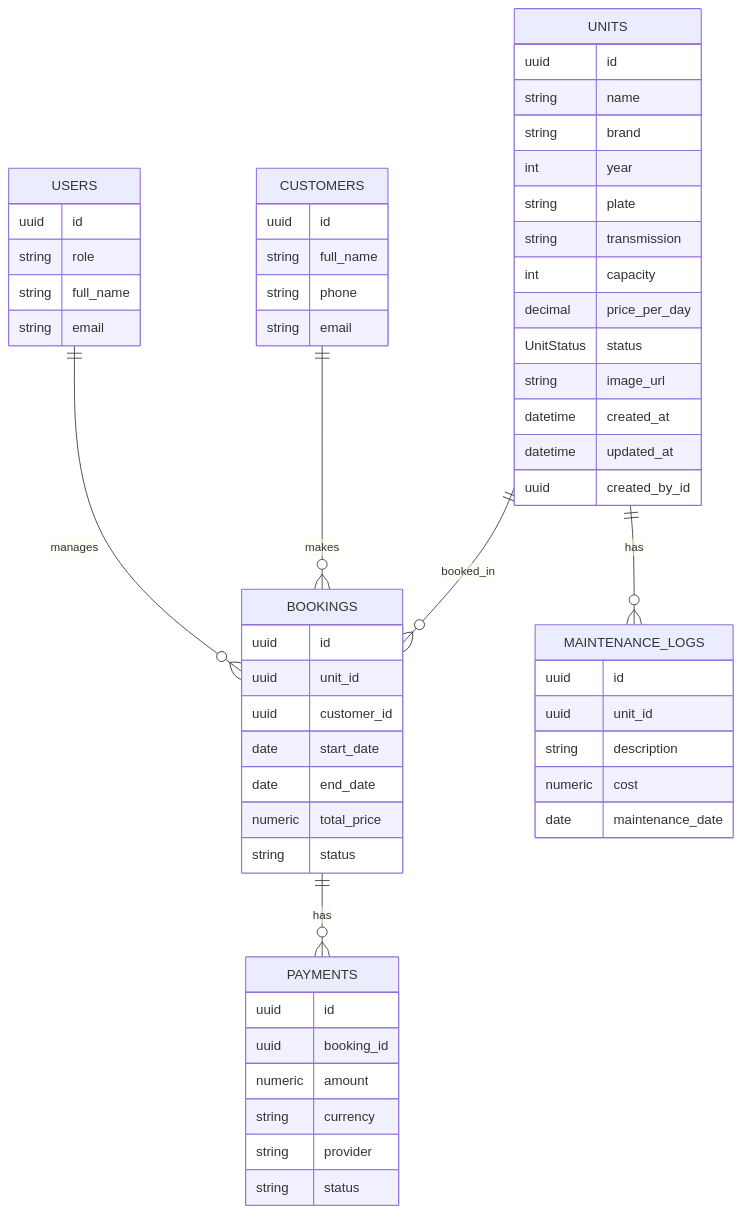
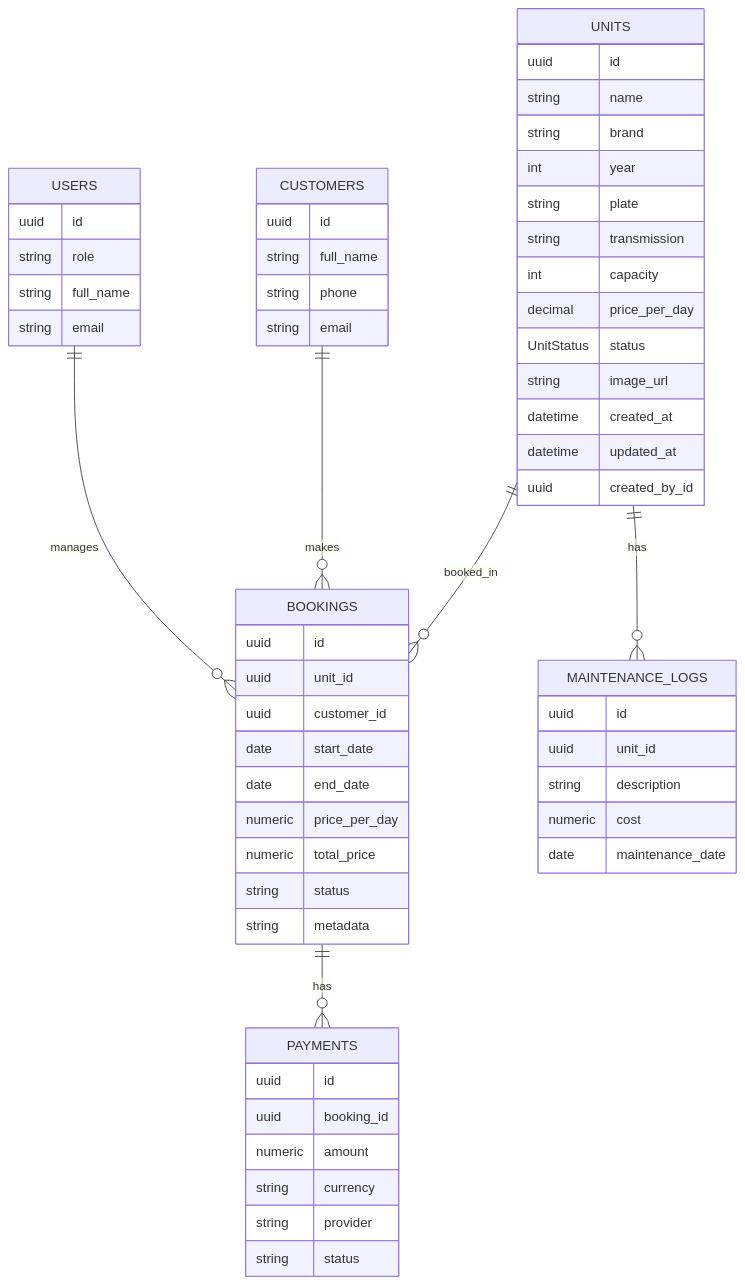
Before and after one commit to realSJ30/hub: the diagram in DATABASE.md, drawn with Mermaid. The commit also changed 2 other files, not shown here.

Commit message:
feat: Introduce booking and customer entities with their respective models, tables, and relationships, and add a BookingStatus enum.

````diff
--- a/DATABASE.md
+++ b/DATABASE.md
@@ -7,68 +7,70 @@
 ```mermaid
 erDiagram
     UNITS ||--o{ BOOKINGS : booked_in
     UNITS ||--o{ MAINTENANCE_LOGS : has
 
     CUSTOMERS ||--o{ BOOKINGS : makes
 
     BOOKINGS ||--o{ PAYMENTS : has
 
     USERS ||--o{ BOOKINGS : manages
 
     USERS {
       uuid id
       string role
       string full_name
       string email
     }
 
     UNITS {
       uuid id
       string name
       string brand
       int year
       string plate
       string transmission
       int capacity
       decimal price_per_day
       UnitStatus status
       string image_url
       datetime created_at
       datetime updated_at
       uuid created_by_id
     }
 
     CUSTOMERS {
       uuid id
       string full_name
       string phone
       string email
     }
 
     BOOKINGS {
       uuid id
       uuid unit_id
       uuid customer_id
       date start_date
       date end_date
+      numeric price_per_day
       numeric total_price
       string status
+      string metadata
     }
 
     PAYMENTS {
       uuid id
       uuid booking_id
       numeric amount
       string currency
       string provider
       string status
     }
 
     MAINTENANCE_LOGS {
       uuid id
       uuid unit_id
       string description
       numeric cost
       date maintenance_date
     }
 ```
````
